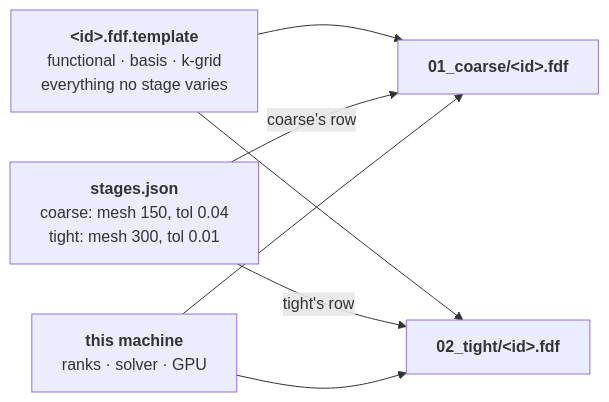
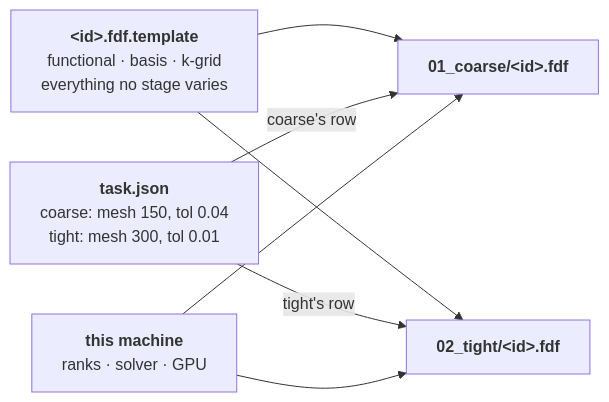
The diagram in docs/engines/stages.md (Qing-LAB/molbuilder), drawn with Mermaid before and after one commit. The commit also changed other lines of this file and 12 other files, not shown here.

````diff
--- a/docs/engines/stages.md
+++ b/docs/engines/stages.md
@@ -558,14 +558,14 @@
 ```mermaid
 flowchart LR
     T["<b>&lt;id&gt;.fdf.template</b><br/>functional · basis · k-grid<br/>everything no stage varies"]
-    J["<b>stages.json</b><br/>coarse: mesh 150, tol 0.04<br/>tight:  mesh 300, tol 0.01"]
+    J["<b>task.json</b><br/>coarse: mesh 150, tol 0.04<br/>tight:  mesh 300, tol 0.01"]
     M["<b>this machine</b><br/>ranks · solver · GPU"]
     DC["<b>01_coarse/&lt;id&gt;.fdf</b>"]
     DT["<b>02_tight/&lt;id&gt;.fdf</b>"]
     T --> DC
     T --> DT
     J -->|"coarse's row"| DC
     J -->|"tight's row"| DT
     M --> DC
     M --> DT
 ```
````
